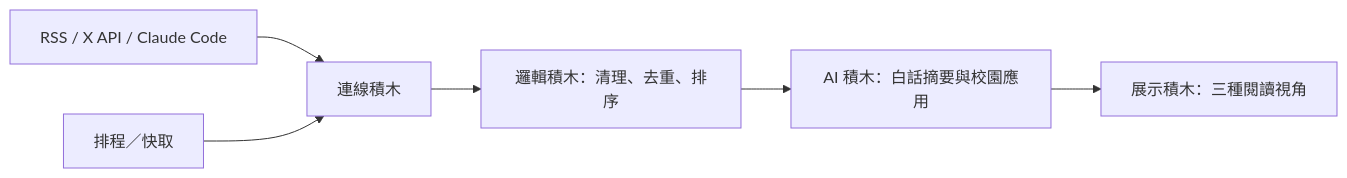
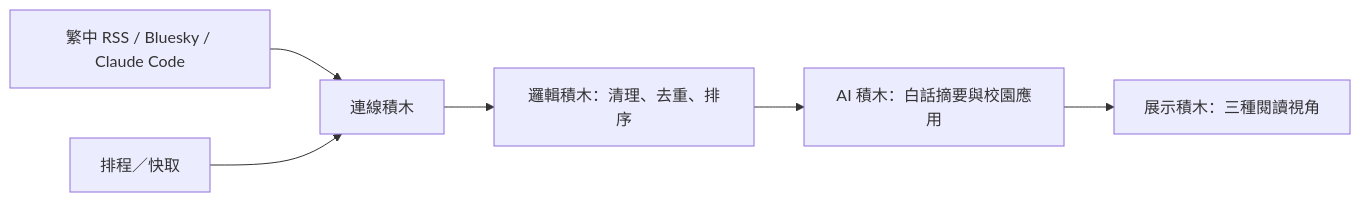
The diagram in README.md (hk6429/ai-education-radar), drawn with Mermaid before and after one commit. The commit also changed other lines of this file and 5 other files, not shown here.

````diff
--- a/README.md
+++ b/README.md
@@ -7,8 +7,8 @@
 ```mermaid
 flowchart LR
-  A[RSS / X API / Claude Code] --> B[連線積木]
+  A[繁中 RSS / Bluesky / Claude Code] --> B[連線積木]
   B --> C[邏輯積木：清理、去重、排序]
   C --> D[AI 積木：白話摘要與校園應用]
   D --> E[展示積木：三種閱讀視角]
   F[排程／快取] --> B
 ```
````
